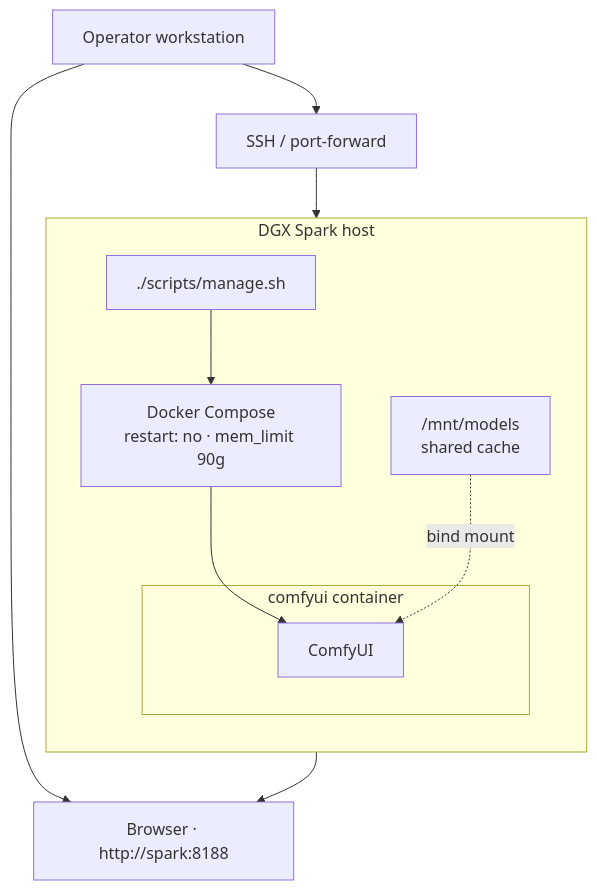
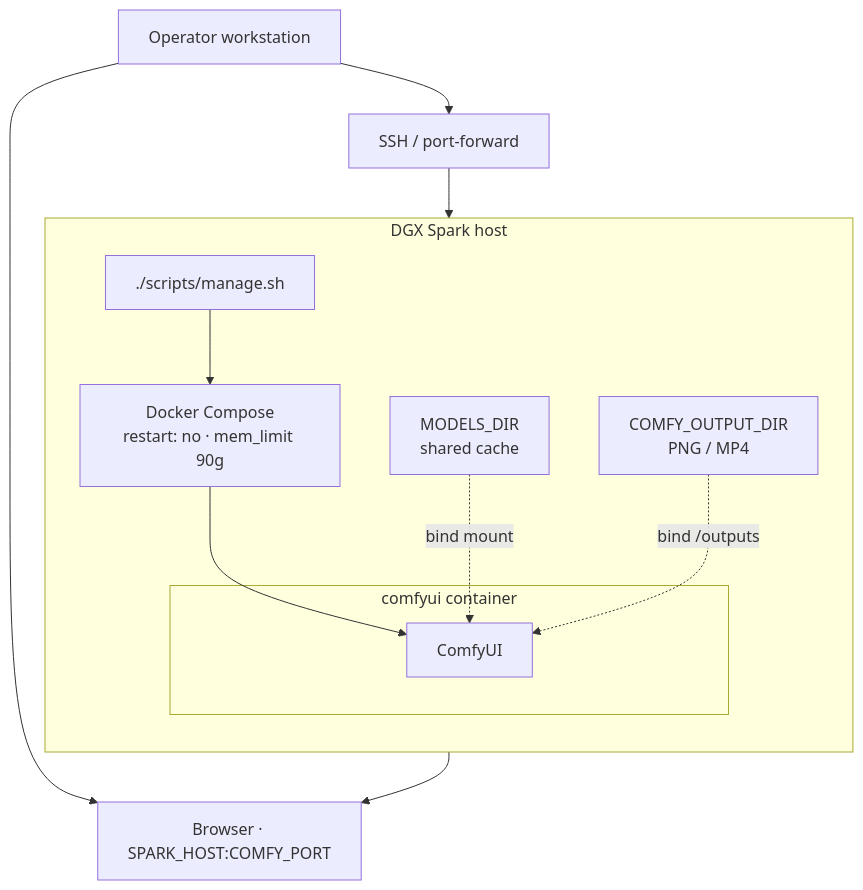
Before and after one commit to toxicoder/ez-comfy-stack: the third of 4 diagrams in docs/index.md, drawn with Mermaid. The commit also changed other lines of this file and 142 other files, not shown here.

````diff
--- a/docs/index.md
+++ b/docs/index.md
@@ -104,21 +127,23 @@
 ```mermaid
 flowchart TB
   Op["Operator workstation"]
   SSH["SSH / port-forward"]
   subgraph Spark["DGX Spark host"]
     direction TB
     Manage["./scripts/manage.sh"]
     Compose["Docker Compose<br/>restart: no · mem_limit 90g"]
     subgraph Ctr["comfyui container"]
       Comfy["ComfyUI"]
     end
-    Models["/mnt/models<br/>shared cache"]
+    Models["MODELS_DIR<br/>shared cache"]
+    Out["COMFY_OUTPUT_DIR<br/>PNG / MP4"]
   end
-  UI["Browser · http://spark:8188"]
+  UI["Browser · SPARK_HOST:COMFY_PORT"]
 
   Op --> SSH --> Manage
   Manage --> Compose --> Comfy
   Models -.->|bind mount| Comfy
+  Out -.->|bind /outputs| Comfy
   Comfy --> UI
   Op --> UI
 ```
````
